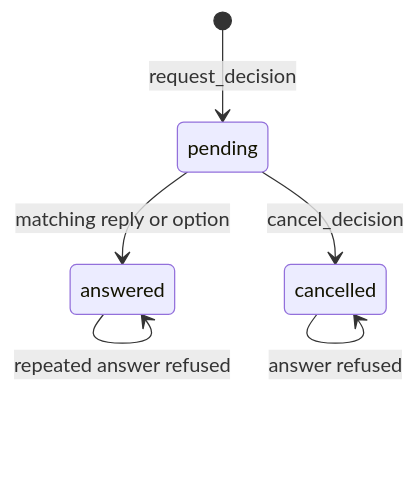
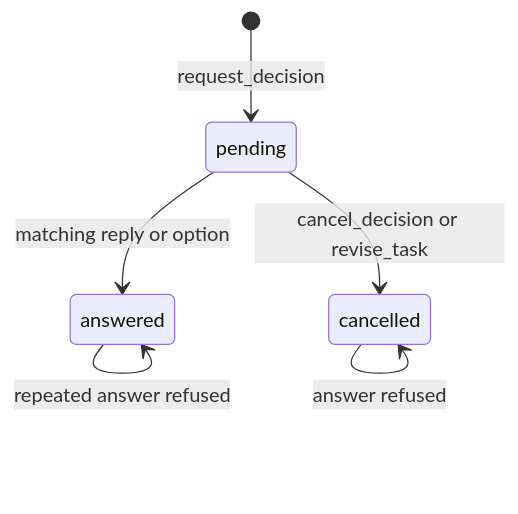
One commit to Aledantee/FlowSeer changed the diagram in tools/scripts/harness/README.md. Above: the diagram before and after it, drawn with Mermaid. The commit also changed other lines of this file and 5 other files, not shown here.

````diff
--- a/tools/scripts/harness/README.md
+++ b/tools/scripts/harness/README.md
@@ -127,8 +127,8 @@
 ```mermaid
 stateDiagram-v2
     [*] --> pending: request_decision
     pending --> answered: matching reply or option
-    pending --> cancelled: cancel_decision
+    pending --> cancelled: cancel_decision or revise_task
     answered --> answered: repeated answer refused
     cancelled --> cancelled: answer refused
 ```
````
